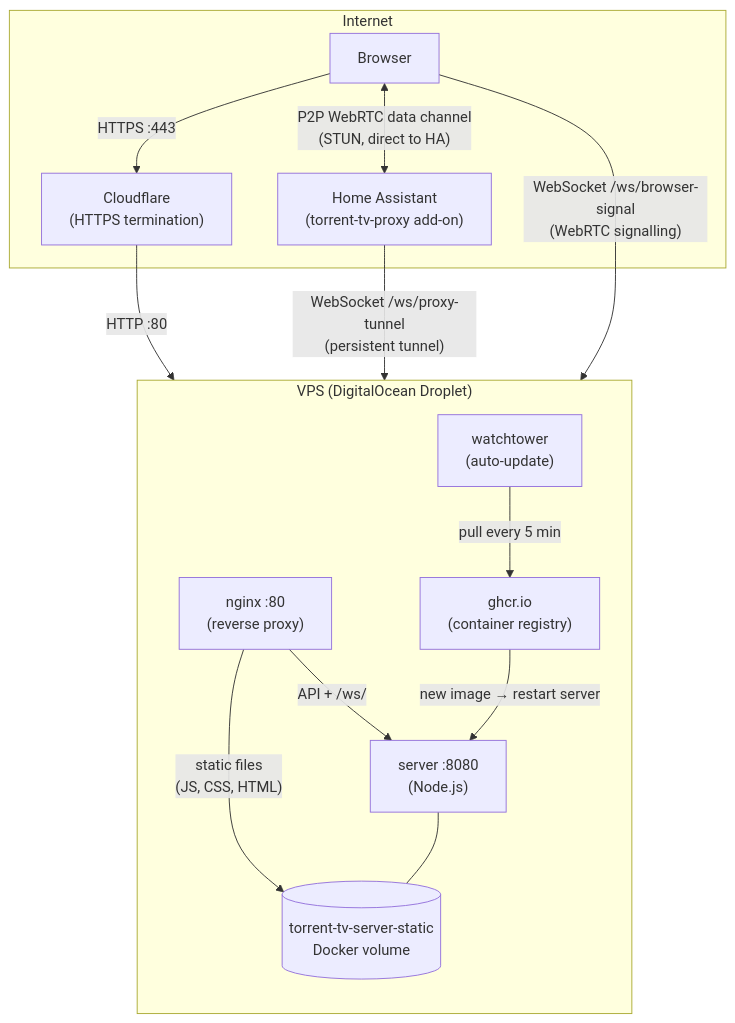
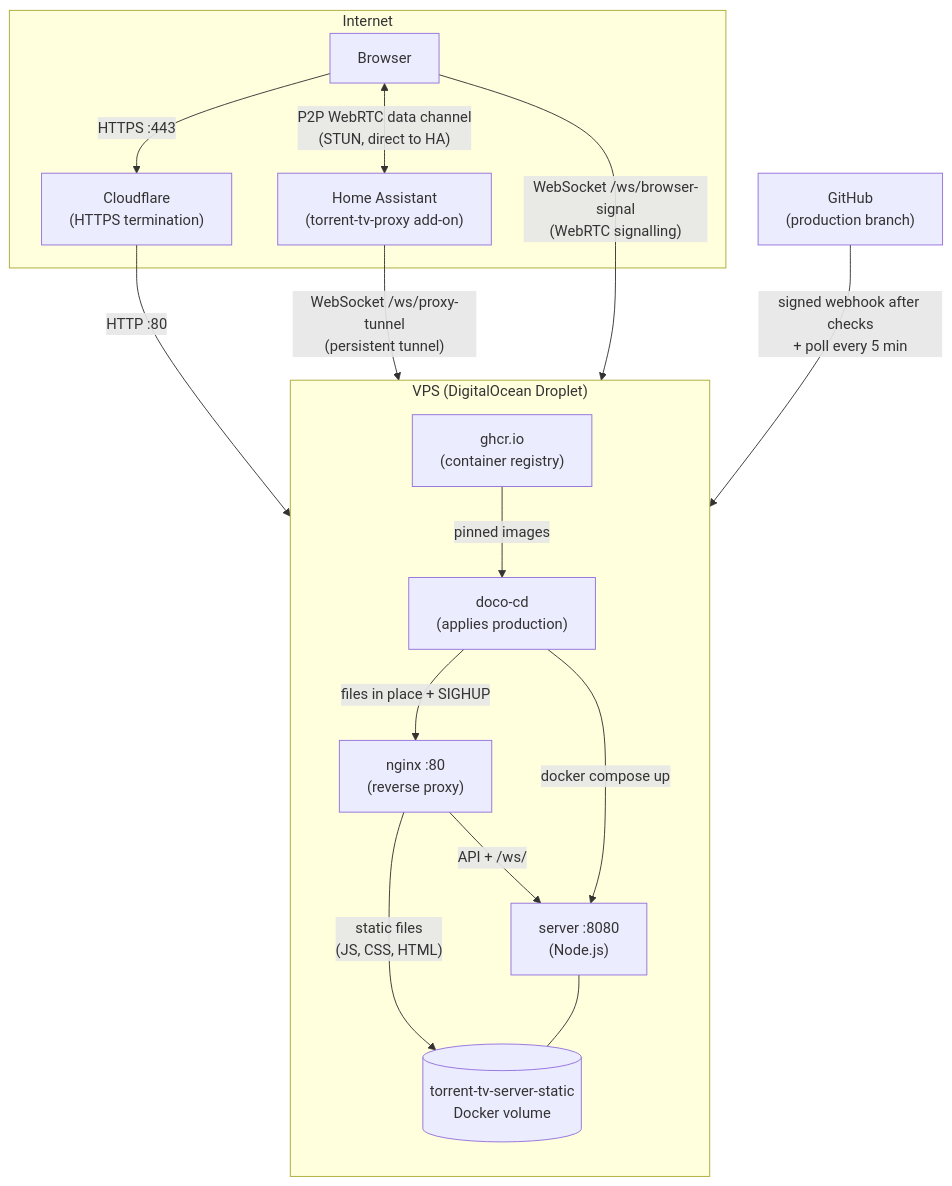
Before and after one commit to torrent-tv/infra: the first of 2 diagrams in README.md, drawn with Mermaid. The commit also changed other lines of this file and 1 other file, not shown here.

Commit message:
docs(deploy): describe the doco-cd deployment, bootstrap and rollback #ttv-93

````diff
--- a/README.md
+++ b/README.md
@@ -17,32 +17,35 @@
 ```mermaid
 graph TB
   subgraph Internet
     Browser["Browser"]
     HA["Home Assistant\n(torrent-tv-proxy add-on)"]
     CF["Cloudflare\n(HTTPS termination)"]
   end
 
   subgraph VPS["VPS (DigitalOcean Droplet)"]
     direction TB
     NGINX["nginx :80\n(reverse proxy)"]
     SERVER["server :8080\n(Node.js)"]
-    WT["watchtower\n(auto-update)"]
+    DOCO["doco-cd\n(applies production)"]
     VOL[("torrent-tv-server-static\nDocker volume")]
     GHCR["ghcr.io\n(container registry)"]
   end
 
   Browser -->|"HTTPS :443"| CF
   CF -->|"HTTP :80"| NGINX
 
   NGINX -->|"static files\n(JS, CSS, HTML)"| VOL
   NGINX -->|"API + /ws/"| SERVER
   SERVER --- VOL
 
   HA -->|"WebSocket /ws/proxy-tunnel\n(persistent tunnel)"| NGINX
   Browser -->|"WebSocket /ws/browser-signal\n(WebRTC signalling)"| NGINX
 
-  WT -->|"pull every 5 min"| GHCR
-  GHCR -->|"new image → restart server"| SERVER
+  GH["GitHub\n(production branch)"]
+  GH -->|"signed webhook after checks\n+ poll every 5 min"| DOCO
+  DOCO -->|"docker compose up"| SERVER
+  DOCO -->|"files in place + SIGHUP"| NGINX
+  GHCR -->|"pinned images"| DOCO
 
   Browser <-->|"P2P WebRTC data channel\n(STUN, direct to HA)"| HA
 ```
````
